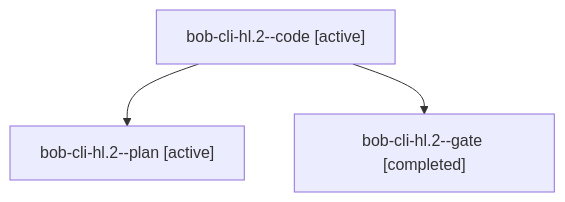
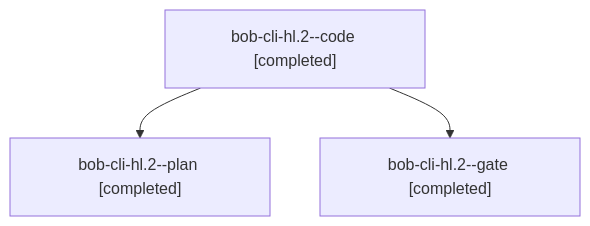
The diagram in sessions/bbugyi200.athena.bob-cli-hl.2.md (bobs-org/bob-cli--agents), drawn with Mermaid before and after one commit. The commit also changed other lines of this file and 20 other files, not shown here.

````diff
--- a/sessions/bbugyi200.athena.bob-cli-hl.2.md
+++ b/sessions/bbugyi200.athena.bob-cli-hl.2.md
@@ -9,8 +9,8 @@
 ```mermaid
 flowchart TD
-  n0["bob-cli-hl.2--code [active]"]
-  n1["bob-cli-hl.2--plan [active]"]
+  n0["bob-cli-hl.2--code [completed]"]
+  n1["bob-cli-hl.2--plan [completed]"]
   n0 --> n1
   n2["bob-cli-hl.2--gate [completed]"]
   n0 --> n2
 ```
````
